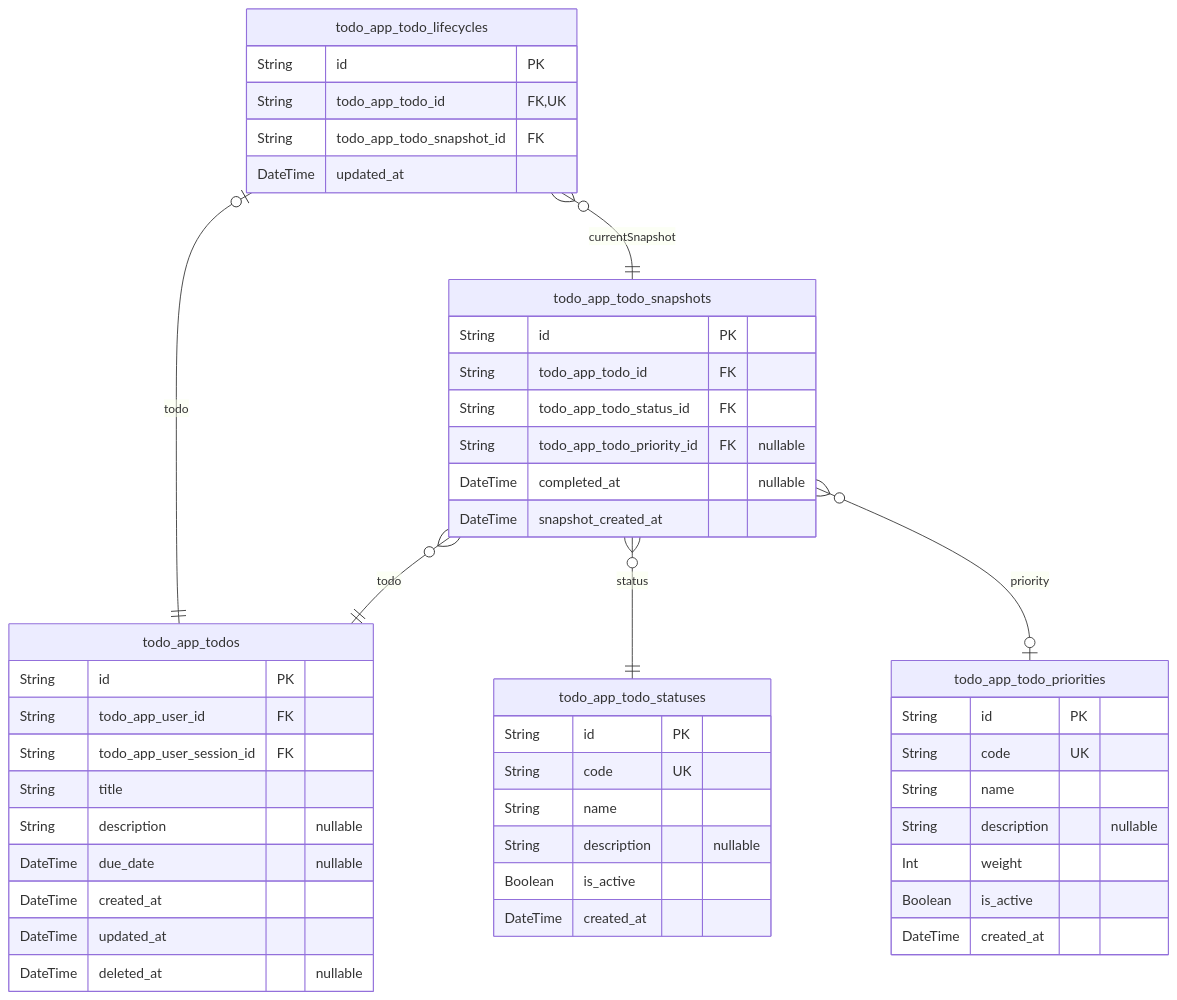
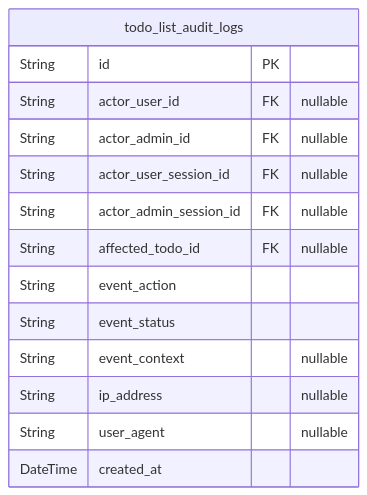
Before and after one commit to wrtnlabs/autobe-examples: the fourth of 4 diagrams in deepseek/deepseek-v3.1-terminus-exacto/todo/docs/ERD.md, drawn with Mermaid. The commit also changed other lines of this file and 3372 other files, not shown here.

````diff
--- a/deepseek/deepseek-v3.1-terminus-exacto/todo/docs/ERD.md
+++ b/deepseek/deepseek-v3.1-terminus-exacto/todo/docs/ERD.md
@@ -153,50 +336,17 @@
 ```mermaid
 erDiagram
-"todo_app_todos" {
+"todo_list_audit_logs" {
   String id PK
-  String todo_app_user_id FK
-  String todo_app_user_session_id FK
-  String title
-  String description "nullable"
-  DateTime due_date "nullable"
-  DateTime created_at
-  DateTime updated_at
-  DateTime deleted_at "nullable"
-}
-"todo_app_todo_snapshots" {
-  String id PK
-  String todo_app_todo_id FK
-  String todo_app_todo_status_id FK
-  String todo_app_todo_priority_id FK "nullable"
-  DateTime completed_at "nullable"
-  DateTime snapshot_created_at
-}
-"todo_app_todo_statuses" {
-  String id PK
-  String code UK
-  String name
-  String description "nullable"
-  Boolean is_active
+  String actor_user_id FK "nullable"
+  String actor_admin_id FK "nullable"
+  String actor_user_session_id FK "nullable"
+  String actor_admin_session_id FK "nullable"
+  String affected_todo_id FK "nullable"
+  String event_action
+  String event_status
+  String event_context "nullable"
+  String ip_address "nullable"
+  String user_agent "nullable"
   DateTime created_at
 }
-"todo_app_todo_priorities" {
-  String id PK
-  String code UK
-  String name
-  String description "nullable"
-  Int weight
-  Boolean is_active
-  DateTime created_at
-}
-"todo_app_todo_lifecycles" {
-  String id PK
-  String todo_app_todo_id FK,UK
-  String todo_app_todo_snapshot_id FK
-  DateTime updated_at
-}
-"todo_app_todo_snapshots" }o--|| "todo_app_todos" : todo
-"todo_app_todo_snapshots" }o--|| "todo_app_todo_statuses" : status
-"todo_app_todo_snapshots" }o--o| "todo_app_todo_priorities" : priority
-"todo_app_todo_lifecycles" |o--|| "todo_app_todos" : todo
-"todo_app_todo_lifecycles" }o--|| "todo_app_todo_snapshots" : currentSnapshot
 ```
````
